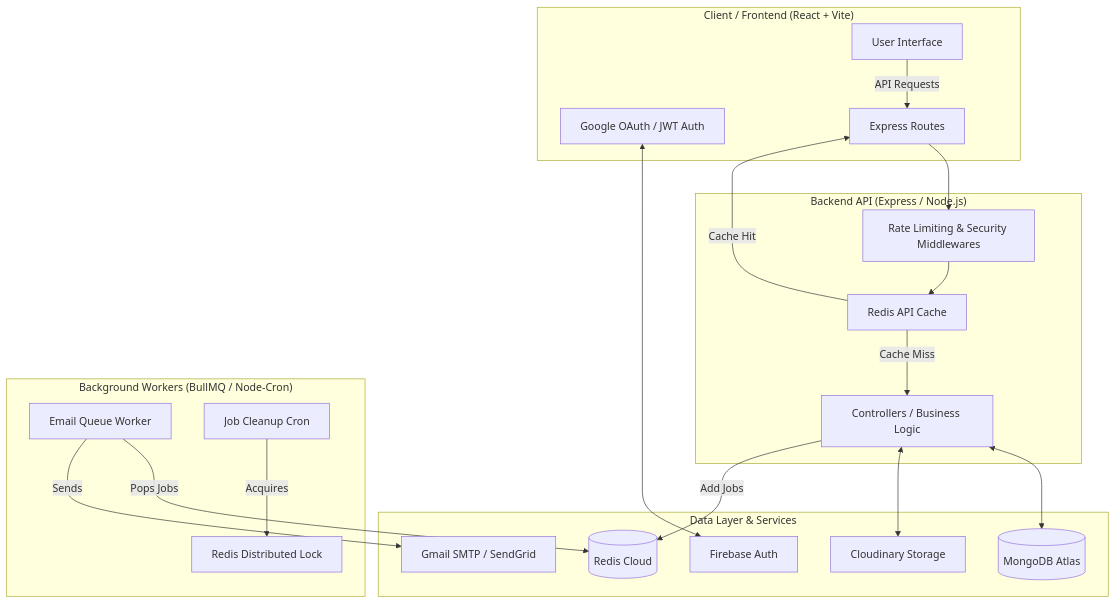
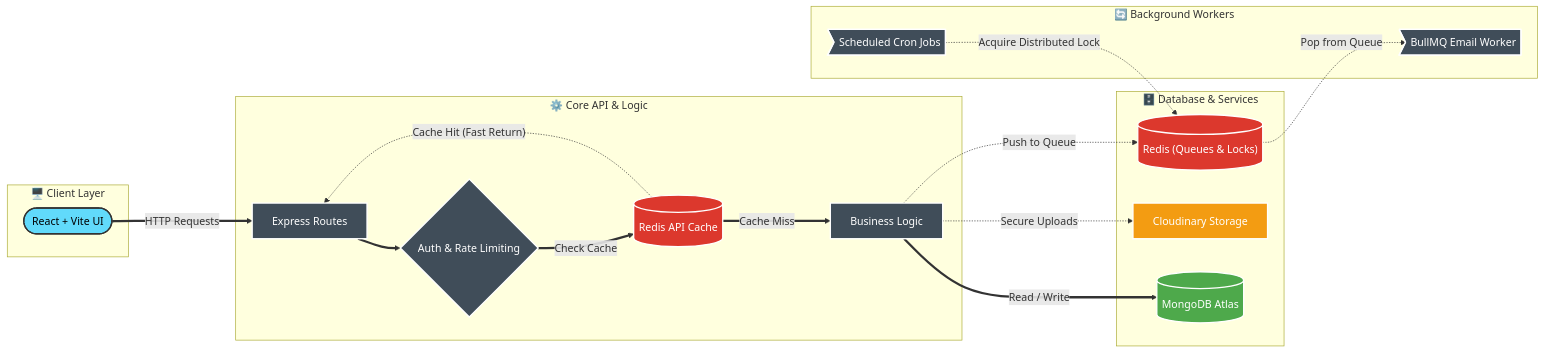
The diagram in README.md (Chinmay0608/job-portal-system), drawn with Mermaid before and after one commit.

Commit message:
docs: redesign mermaid architecture diagram with shapes, colors, and thick arrows

````diff
--- a/README.md
+++ b/README.md
@@ -17,48 +17,51 @@
 ```mermaid
-graph TD
-    %% Frontend Layer
-    subgraph Frontend ["Client / Frontend (React + Vite)"]
-        UI["User Interface"]
-        AuthUI["Google OAuth / JWT Auth"]
-        UI -->|API Requests| API_Gateway
+graph LR
+    %% Custom Styles
+    classDef client fill:#61DAFB,stroke:#333,stroke-width:2px,color:#000
+    classDef api fill:#404d59,stroke:#fff,stroke-width:2px,color:#fff
+    classDef redis fill:#DC382D,stroke:#fff,stroke-width:2px,color:#fff
+    classDef mongo fill:#4ea94b,stroke:#fff,stroke-width:2px,color:#fff
+    classDef external fill:#f39c12,stroke:#fff,stroke-width:2px,color:#fff
+
+    %% Client Layer
+    subgraph Frontend ["🖥️ Client Layer"]
+        UI(["React + Vite UI"]):::client
     end
 
-    %% Backend API Layer
-    subgraph Backend ["Backend API (Express / Node.js)"]
-        API_Gateway["Express Routes"]
-        Middleware["Rate Limiting & Security Middlewares"]
-        Cache["Redis API Cache"]
-        Controllers["Controllers / Business Logic"]
-        
-        API_Gateway --> Middleware
-        Middleware --> Cache
-        Cache -->|"Cache Miss"| Controllers
-        Cache -->|"Cache Hit"| API_Gateway
+    %% API Layer
+    subgraph Backend ["⚙️ Core API & Logic"]
+        Router["Express Routes"]:::api
+        Auth{"Auth & Rate Limiting"}:::api
+        Cache[("Redis API Cache")]:::redis
+        Controllers["Business Logic"]:::api
     end
 
-    %% Background Workers Layer
-    subgraph Workers ["Background Workers (BullMQ / Node-Cron)"]
-        EmailWorker["Email Queue Worker"]
-        CronWorker["Job Cleanup Cron"]
-        DistributedLock["Redis Distributed Lock"]
-        
-        CronWorker -->|Acquires| DistributedLock
+    %% Background Workers
+    subgraph Workers ["🔄 Background Workers"]
+        EmailWorker>"BullMQ Email Worker"]:::api
+        CronWorker>"Scheduled Cron Jobs"]:::api
     end
 
-    %% Database & External Services
-    subgraph Infrastructure ["Data Layer & Services"]
-        MongoDB[("MongoDB Atlas")]
-        Redis[("Redis Cloud")]
-        Cloudinary["Cloudinary Storage"]
-        SMTP["Gmail SMTP / SendGrid"]
-        Firebase["Firebase Auth"]
+    %% Data Layer
+    subgraph Infrastructure ["🗄️ Database & Services"]
+        MongoDB[("MongoDB Atlas")]:::mongo
+        RedisState[("Redis (Queues & Locks)")]:::redis
+        Cloudinary["Cloudinary Storage"]:::external
     end
 
-    %% Connections
-    Controllers <--> MongoDB
-    Controllers <--> Cloudinary
-    AuthUI <--> Firebase
-    Controllers -->|"Add Jobs"| Redis
-    EmailWorker -->|"Pops Jobs"| Redis
-    EmailWorker -->|Sends| SMTP
+    %% Flow Connections (Thick arrows for synchronous, dotted for async)
+    UI ==>|"HTTP Requests"| Router
+    Router ==> Auth
+    Auth ==>|"Check Cache"| Cache
+    
+    Cache -.->|"Cache Hit (Fast Return)"| Router
+    Cache ==>|"Cache Miss"| Controllers
+    
+    Controllers ==>|"Read / Write"| MongoDB
+    Controllers -.->|"Secure Uploads"| Cloudinary
+    
+    Controllers -.->|"Push to Queue"| RedisState
+    RedisState -.->|"Pop from Queue"| EmailWorker
+    
+    CronWorker -.->|"Acquire Distributed Lock"| RedisState
 ```
````
